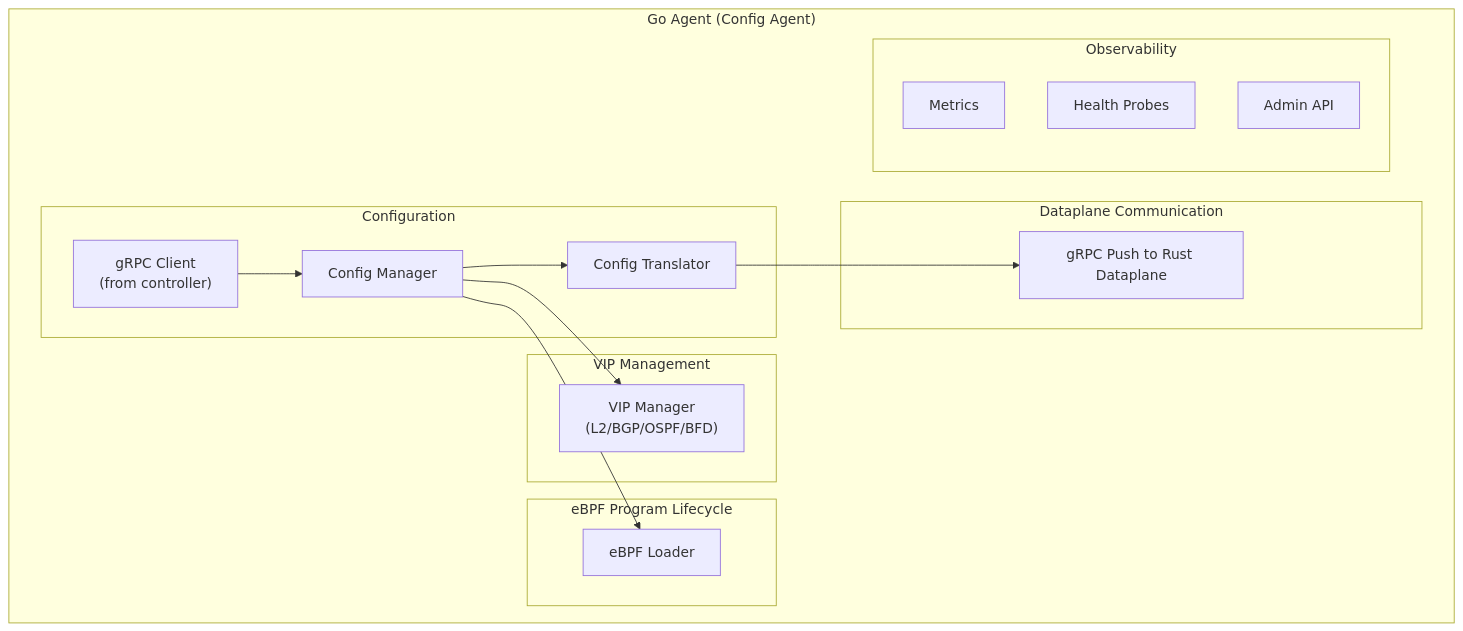
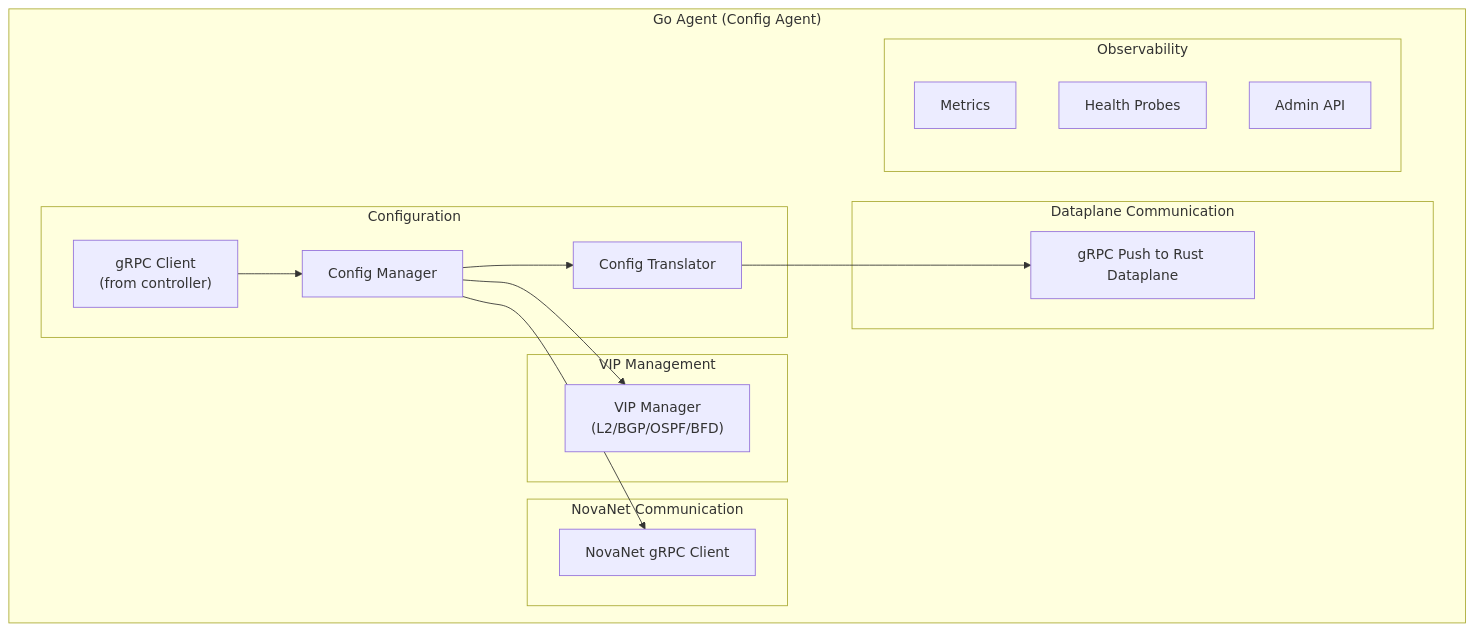
One commit to azrtydxb/novaedge changed the fifth of 16 diagrams in docs/architecture/components.md. Above: the diagram before and after it, drawn with Mermaid. The commit also changed other lines of this file and 8 other files, not shown here.

First line of the commit message:
docs: update for eBPF removal and NovaNet integration

````diff
--- a/docs/architecture/components.md
+++ b/docs/architecture/components.md
@@ -186,34 +186,34 @@
 ```mermaid
 flowchart TB
     subgraph Agent["Go Agent (Config Agent)"]
         subgraph Config["Configuration"]
             GC["gRPC Client<br/>(from controller)"]
             CM["Config Manager"]
             TRANSLATOR["Config Translator"]
         end
 
         subgraph VIPMgmt["VIP Management"]
             VIP["VIP Manager<br/>(L2/BGP/OSPF/BFD)"]
         end
 
-        subgraph eBPFMgmt["eBPF Program Lifecycle"]
-            EBPF["eBPF Loader"]
+        subgraph NovaNetComm["NovaNet Communication"]
+            NOVANET["NovaNet gRPC Client"]
         end
 
         subgraph DataplanePush["Dataplane Communication"]
             GRPC_PUSH["gRPC Push to Rust Dataplane"]
         end
 
         subgraph Observability["Observability"]
             MET["Metrics"]
             HEALTH["Health Probes"]
             ADMIN["Admin API"]
         end
     end
 
     GC --> CM
     CM --> TRANSLATOR
     TRANSLATOR --> GRPC_PUSH
     CM --> VIP
-    CM --> EBPF
+    CM --> NOVANET
 ```
````
